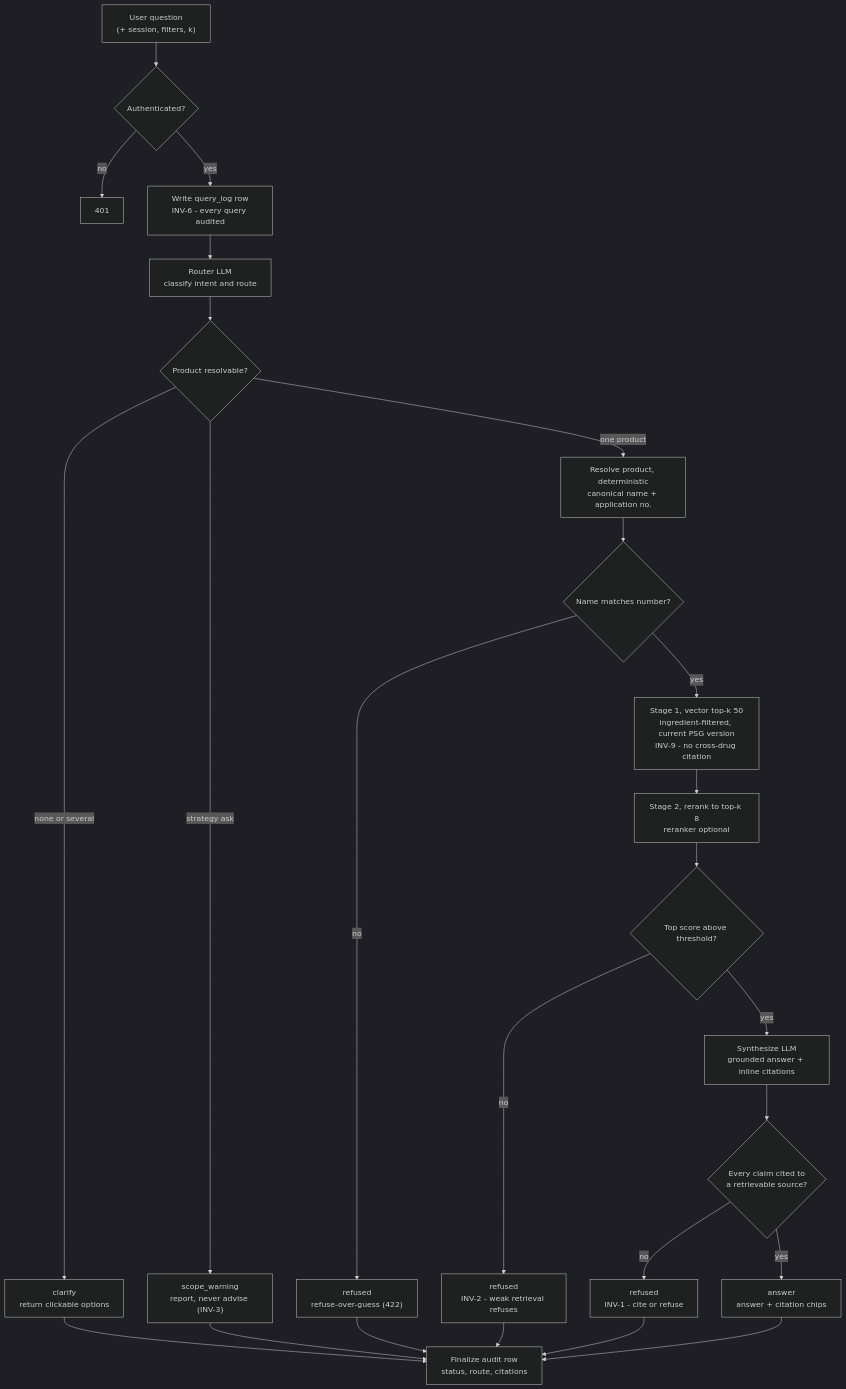
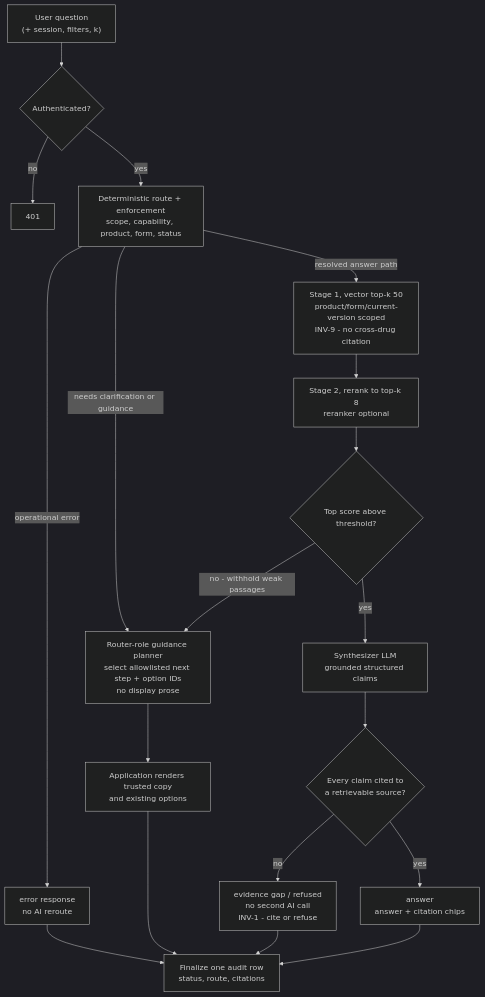
Before and after one commit to Hussain0327/amneal: the first of 2 diagrams in README.md, drawn with Mermaid (dark theme). The commit also changed other lines of this file and 27 other files, not shown here.

Commit message:
feat(ask): add constrained AI guidance turns

````diff
--- a/README.md
+++ b/README.md
@@ -69,32 +79,24 @@
 ```mermaid
 flowchart TD
     Q["User question<br/>(+ session, filters, k)"] --> AUTH{"Authenticated?"}
     AUTH -- "no" --> E401["401"]
-    AUTH -- "yes" --> AUDIT["Write query_log row<br/>INV-6 - every query audited"]
-    AUDIT --> ROUTER["Router LLM<br/>classify intent and route"]
-
-    ROUTER --> NAMED{"Product resolvable?"}
-    NAMED -- "none or several" --> CLARIFY["clarify<br/>return clickable options"]
-    NAMED -- "strategy ask" --> SCOPE["scope_warning<br/>report, never advise (INV-3)"]
-    NAMED -- "one product" --> RESOLVE["Resolve product, deterministic<br/>canonical name + application no."]
-
-    RESOLVE --> MATCH{"Name matches number?"}
-    MATCH -- "no" --> REFUSE1["refused<br/>refuse-over-guess (422)"]
-    MATCH -- "yes" --> RETRIEVE["Stage 1, vector top-k 50<br/>ingredient-filtered, current PSG version<br/>INV-9 - no cross-drug citation"]
+    AUTH -- "yes" --> ROUTE["Deterministic route + enforcement<br/>scope, capability, product, form, status"]
+    ROUTE -- "operational error" --> ERROR["error response<br/>no AI reroute"]
+    ROUTE -- "needs clarification or guidance" --> GUIDE["Router-role guidance planner<br/>select allowlisted next step + option IDs<br/>no display prose"]
+    ROUTE -- "resolved answer path" --> RETRIEVE["Stage 1, vector top-k 50<br/>product/form/current-version scoped<br/>INV-9 - no cross-drug citation"]
 
     RETRIEVE --> RERANK["Stage 2, rerank to top-k 8<br/>reranker optional"]
     RERANK --> PRECHK{"Top score above threshold?"}
-    PRECHK -- "no" --> REFUSE2["refused<br/>INV-2 - weak retrieval refuses"]
-    PRECHK -- "yes" --> SYNTH["Synthesize LLM<br/>grounded answer + inline citations"]
+    PRECHK -- "no - withhold weak passages" --> GUIDE
+    PRECHK -- "yes" --> SYNTH["Synthesizer LLM<br/>grounded structured claims"]
 
     SYNTH --> VALID{"Every claim cited to<br/>a retrievable source?"}
-    VALID -- "no" --> REFUSE3["refused<br/>INV-1 - cite or refuse"]
+    VALID -- "no" --> REFUSE["evidence gap / refused<br/>no second AI call<br/>INV-1 - cite or refuse"]
     VALID -- "yes" --> ANSWER["answer<br/>answer + citation chips"]
 
-    CLARIFY --> FINAL["Finalize audit row<br/>status, route, citations"]
-    SCOPE --> FINAL
-    REFUSE1 --> FINAL
-    REFUSE2 --> FINAL
-    REFUSE3 --> FINAL
+    GUIDE --> COPY["Application renders trusted copy<br/>and existing options"]
+    COPY --> FINAL["Finalize one audit row<br/>status, route, citations"]
+    ERROR --> FINAL
+    REFUSE --> FINAL
     ANSWER --> FINAL
 ```
````
